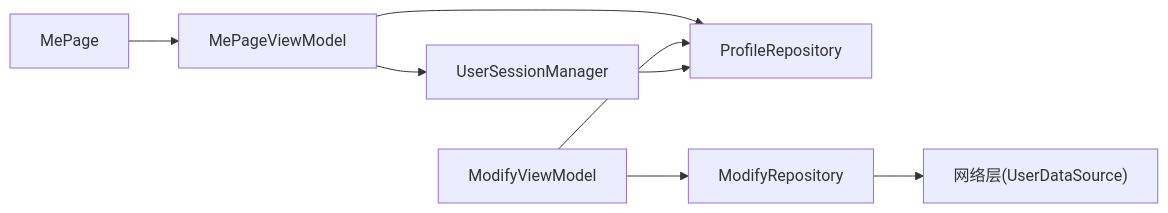
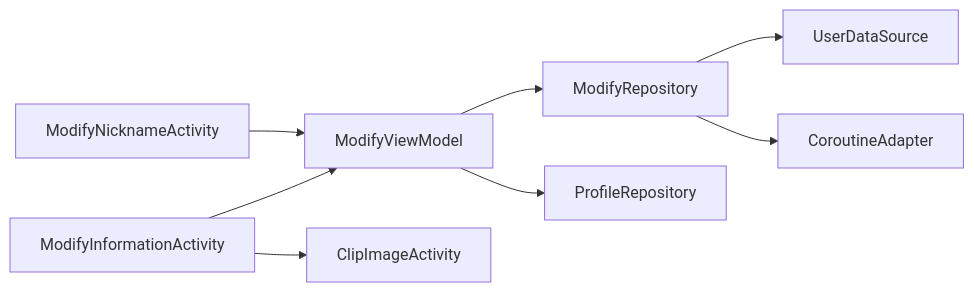
The fifth of 5 diagrams in .qoder/repowiki/zh/content/核心模块/个人中心模块 (module_me)/用户信息管理.md (xrn1997/android-ebook), drawn with Mermaid before and after one commit. The commit also changed other lines of this file and 456 other files, not shown here.

````diff
--- a/.qoder/repowiki/zh/content/核心模块/个人中心模块 (module_me)/用户信息管理.md
+++ b/.qoder/repowiki/zh/content/核心模块/个人中心模块 (module_me)/用户信息管理.md
@@ -268,10 +310,10 @@
 ```mermaid
 graph LR
-    MP["MePage"] --> MPV["MePageViewModel"]
-    MPV --> PR["ProfileRepository"]
-    MPV --> USM["UserSessionManager"]
-    MV["ModifyViewModel"] --> MR["ModifyRepository"]
-    MV --> PR
-    MR --> NET["网络层(UserDataSource)"]
-    USM --> PR
+    Info["ModifyInformationActivity"] --> VM["ModifyViewModel"]
+    Nick["ModifyNicknameActivity"] --> VM
+    Info --> Crop["ClipImageActivity"]
+    VM --> Repo["ModifyRepository"]
+    VM --> PR["ProfileRepository"]
+    Repo --> DS["UserDataSource"]
+    Repo --> CA["CoroutineAdapter"]
 ```
````
